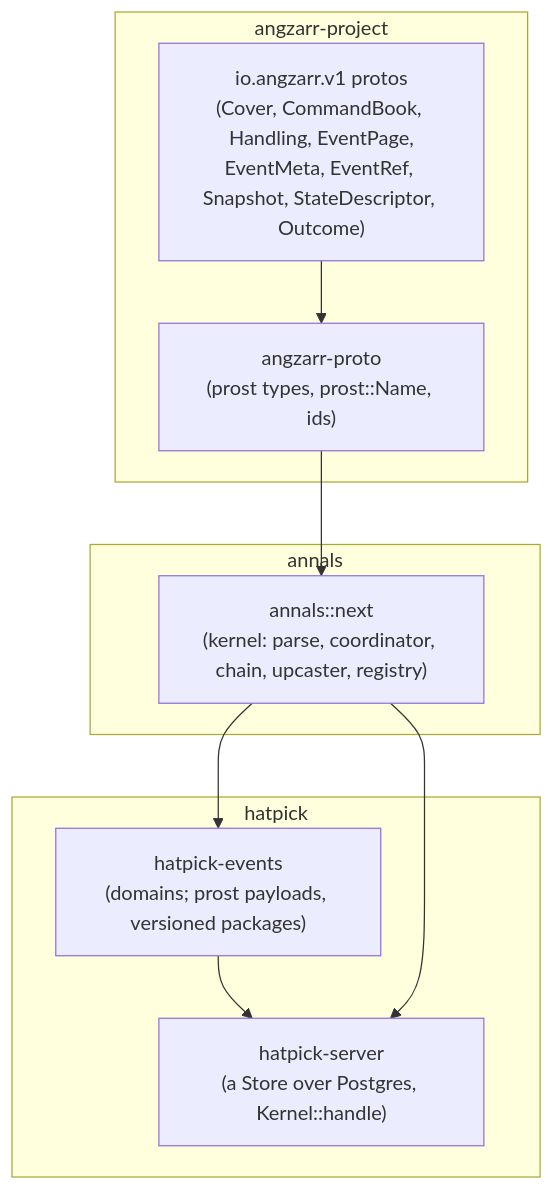
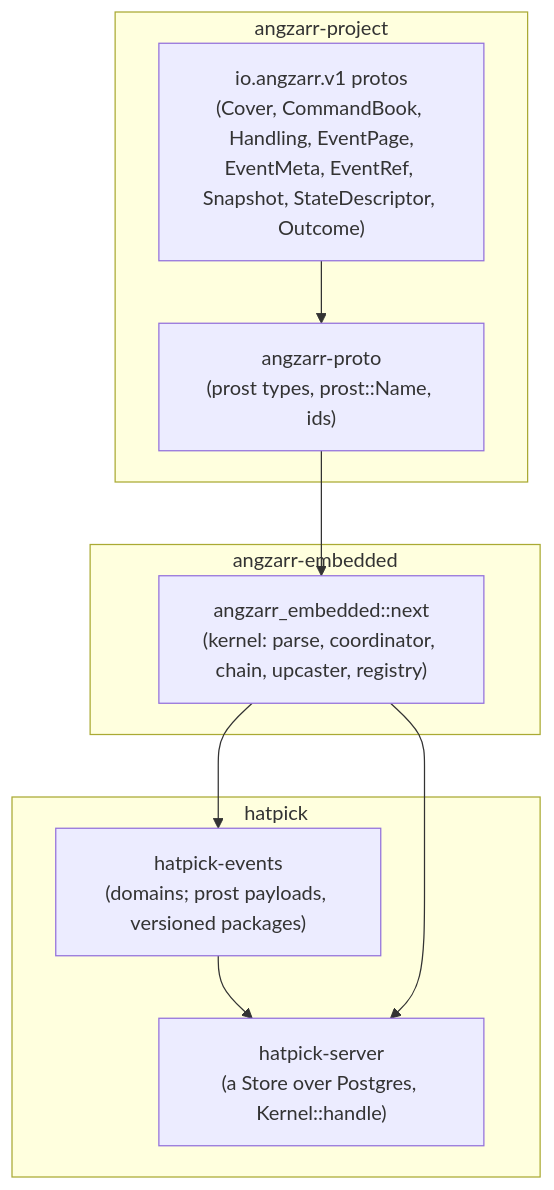
Before and after one commit to angzarr-io/angzarr-embedded: the diagram in docs/design/audit.md, drawn with Mermaid. The commit also changed other lines of this file and 141 other files, not shown here.

First line of the commit message:
Rename annals to angzarr-embedded, angzarr's in-app runtime

````diff
--- a/docs/design/audit.md
+++ b/docs/design/audit.md
@@ -51,19 +51,19 @@
 ```mermaid
 flowchart TB
   subgraph angzarr-project
     P["io.angzarr.v1 protos<br/>(Cover, CommandBook, Handling, EventPage,<br/>EventMeta, EventRef, Snapshot, StateDescriptor, Outcome)"]
     AP["angzarr-proto<br/>(prost types, prost::Name, ids)"]
     P --> AP
   end
-  subgraph annals
-    K["annals::next<br/>(kernel: parse, coordinator, chain, upcaster, registry)"]
+  subgraph angzarr-embedded
+    K["angzarr_embedded::next<br/>(kernel: parse, coordinator, chain, upcaster, registry)"]
   end
   AP --> K
   subgraph hatpick
     E["hatpick-events<br/>(domains; prost payloads, versioned packages)"]
     S["hatpick-server<br/>(a Store over Postgres, Kernel::handle)"]
     E --> S
   end
   K --> E
   K --> S
 ```
````
